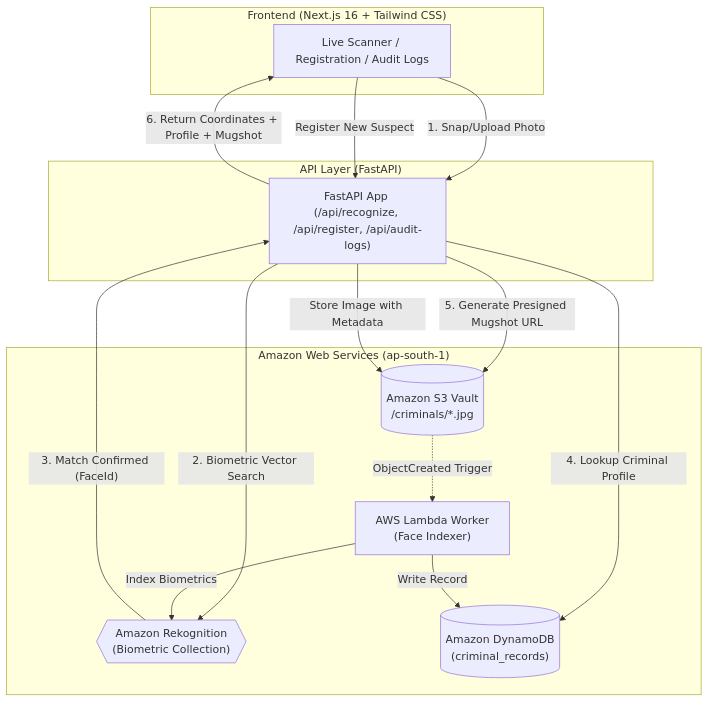
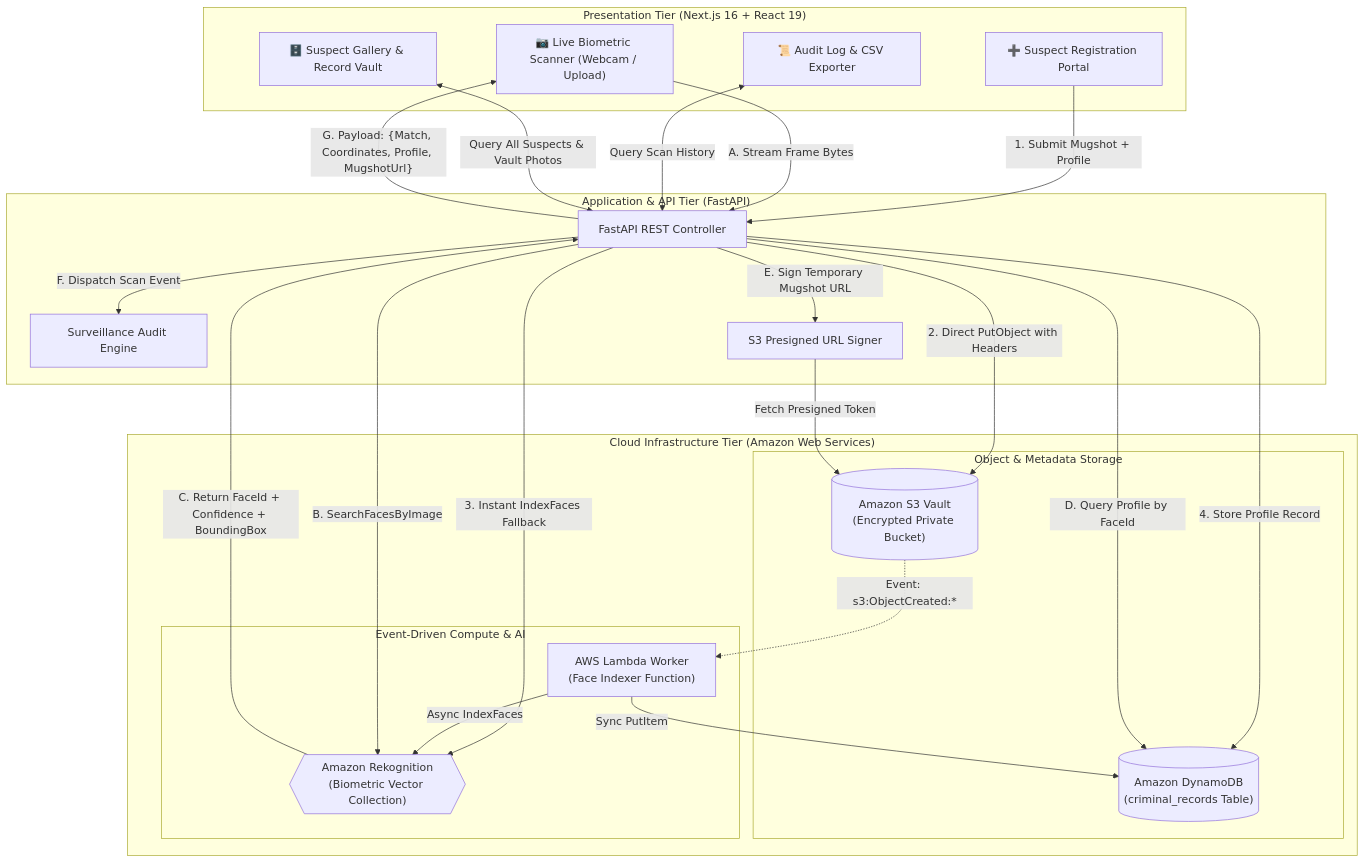
Before and after one commit to dhanushh00/crime-vision: the diagram in README.md, drawn with Mermaid. The commit also changed other lines of this file, not shown here.

Commit message:
docs: add comprehensive system architecture diagrams and cloud workflows to README

````diff
--- a/README.md
+++ b/README.md
@@ -30,30 +18,50 @@
 ```mermaid
 flowchart TD
-    subgraph Client ["Frontend (Next.js 16 + Tailwind CSS)"]
-        UI["Live Scanner / Registration / Audit Logs"]
+    subgraph Clients ["Presentation Tier (Next.js 16 + React 19)"]
+        UI_Scan["📷 Live Biometric Scanner (Webcam / Upload)"]
+        UI_Reg["➕ Suspect Registration Portal"]
+        UI_Audit["📜 Audit Log & CSV Exporter"]
+        UI_DB["🗄️ Suspect Gallery & Record Vault"]
     end
 
-    subgraph Backend ["API Layer (FastAPI)"]
-        API["FastAPI App (/api/recognize, /api/register, /api/audit-logs)"]
+    subgraph Gateway ["Application & API Tier (FastAPI)"]
+        API["FastAPI REST Controller"]
+        AuditEngine["Surveillance Audit Engine"]
+        Signer["S3 Presigned URL Signer"]
     end
 
-    subgraph AWS ["Amazon Web Services (ap-south-1)"]
-        S3[("Amazon S3 Vault\n/criminals/*.jpg")]
-        Lambda["AWS Lambda Worker\n(Face Indexer)"]
-        Rekognition{{"Amazon Rekognition\n(Biometric Collection)"}}
-        DynamoDB[("Amazon DynamoDB\n(criminal_records)")]
+    subgraph AWS_Cloud ["Cloud Infrastructure Tier (Amazon Web Services)"]
+        subgraph Storage ["Object & Metadata Storage"]
+            S3[("Amazon S3 Vault\n(Encrypted Private Bucket)")]
+            DDB[("Amazon DynamoDB\n(criminal_records Table)")]
+        end
+
+        subgraph Serverless ["Event-Driven Compute & AI"]
+            Lambda["AWS Lambda Worker\n(Face Indexer Function)"]
+            Rekognition{{"Amazon Rekognition\n(Biometric Vector Collection)"}}
+        end
     end
 
-    UI -->|"1. Snap/Upload Photo"| API
-    API -->|"2. Biometric Vector Search"| Rekognition
-    Rekognition -->|"3. Match Confirmed (FaceId)"| API
-    API -->|"4. Lookup Criminal Profile"| DynamoDB
-    API -->|"5. Generate Presigned Mugshot URL"| S3
-    API -->|"6. Return Coordinates + Profile + Mugshot"| UI
+    %% Ingestion Pipeline
+    UI_Reg -->|"1. Submit Mugshot + Profile"| API
+    API -->|"2. Direct PutObject with Headers"| S3
+    API -->|"3. Instant IndexFaces Fallback"| Rekognition
+    API -->|"4. Store Profile Record"| DDB
+    S3 -.->|"Event: s3:ObjectCreated:*"| Lambda
+    Lambda -->|"Async IndexFaces"| Rekognition
+    Lambda -->|"Sync PutItem"| DDB
 
-    UI -->|"Register New Suspect"| API
-    API -->|"Store Image with Metadata"| S3
-    S3 -.->|"ObjectCreated Trigger"| Lambda
-    Lambda -->|"Index Biometrics"| Rekognition
-    Lambda -->|"Write Record"| DynamoDB
+    %% Real-Time Identification Pipeline
+    UI_Scan -->|"A. Stream Frame Bytes"| API
+    API -->|"B. SearchFacesByImage"| Rekognition
+    Rekognition -->|"C. Return FaceId + Confidence + BoundingBox"| API
+    API -->|"D. Query Profile by FaceId"| DDB
+    API -->|"E. Sign Temporary Mugshot URL"| Signer
+    Signer -->|"Fetch Presigned Token"| S3
+    API -->|"F. Dispatch Scan Event"| AuditEngine
+    API -->|"G. Payload: {Match, Coordinates, Profile, MugshotUrl}"| UI_Scan
+
+    %% Data Views
+    UI_Audit <-->|"Query Scan History"| API
+    UI_DB <-->|"Query All Suspects & Vault Photos"| API
 ```
````
